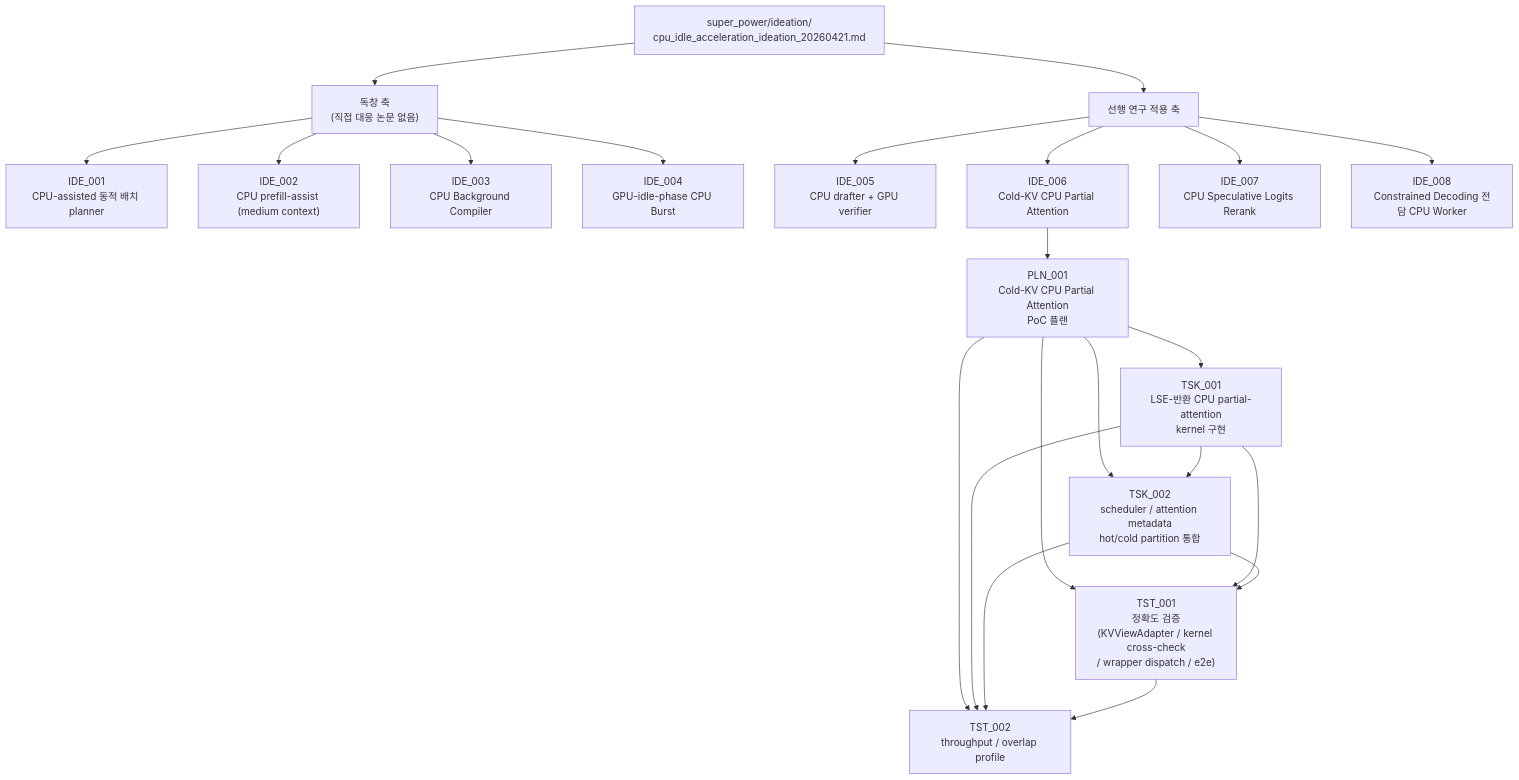
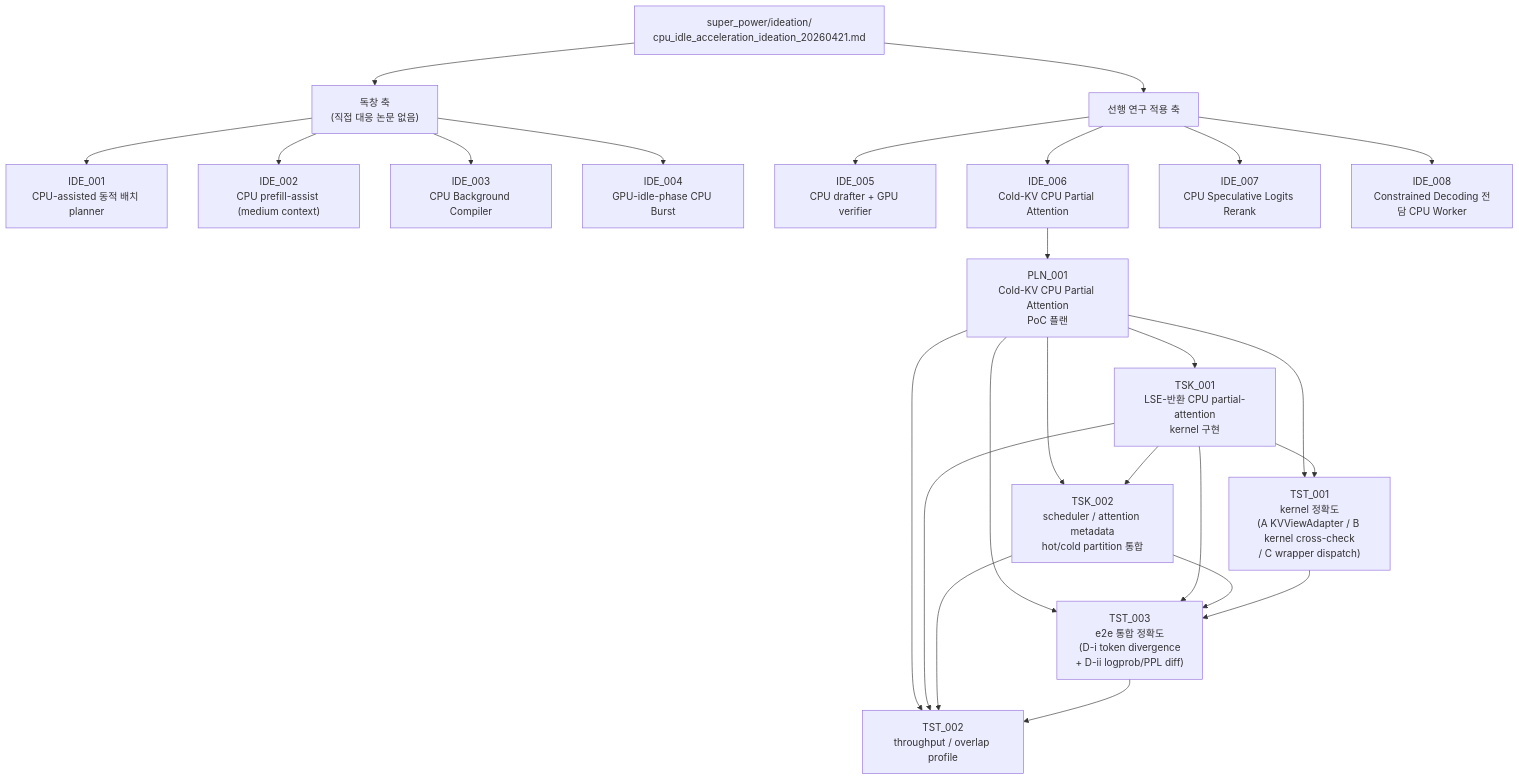
One commit to mystous/vllm_hybrid changed the diagram in shadow_assists/README.md. Above: the diagram before and after it, drawn with Mermaid. The commit also changed 16 other files, not shown here.

````diff
--- a/shadow_assists/README.md
+++ b/shadow_assists/README.md
@@ -140,31 +140,34 @@
 ```mermaid
 flowchart TB
     ROOT["super_power/ideation/<br/>cpu_idle_acceleration_ideation_20260421.md"]
 
     ROOT --> AXIS_A["독창 축<br/>(직접 대응 논문 없음)"]
     ROOT --> AXIS_B["선행 연구 적용 축"]
 
     AXIS_A --> IDE_001["IDE_001<br/>CPU-assisted 동적 배치 planner"]
     AXIS_A --> IDE_002["IDE_002<br/>CPU prefill-assist (medium context)"]
     AXIS_A --> IDE_003["IDE_003<br/>CPU Background Compiler"]
     AXIS_A --> IDE_004["IDE_004<br/>GPU-idle-phase CPU Burst"]
 
     AXIS_B --> IDE_005["IDE_005<br/>CPU drafter + GPU verifier"]
     AXIS_B --> IDE_006["IDE_006<br/>Cold-KV CPU Partial Attention"]
     AXIS_B --> IDE_007["IDE_007<br/>CPU Speculative Logits Rerank"]
     AXIS_B --> IDE_008["IDE_008<br/>Constrained Decoding 전담 CPU Worker"]
 
     IDE_006 --> PLN_001["PLN_001<br/>Cold-KV CPU Partial Attention<br/>PoC 플랜"]
 
     PLN_001 --> TSK_001["TSK_001<br/>LSE-반환 CPU partial-attention<br/>kernel 구현"]
     PLN_001 --> TSK_002["TSK_002<br/>scheduler / attention metadata<br/>hot/cold partition 통합"]
-    PLN_001 --> TST_001["TST_001<br/>정확도 검증<br/>(KVViewAdapter / kernel cross-check<br/>/ wrapper dispatch / e2e)"]
+    PLN_001 --> TST_001["TST_001<br/>kernel 정확도<br/>(A KVViewAdapter / B kernel cross-check<br/>/ C wrapper dispatch)"]
+    PLN_001 --> TST_003["TST_003<br/>e2e 통합 정확도<br/>(D-i token divergence<br/>+ D-ii logprob/PPL diff)"]
     PLN_001 --> TST_002["TST_002<br/>throughput / overlap profile"]
 
     TSK_001 --> TSK_002
     TSK_001 --> TST_001
-    TSK_002 --> TST_001
+    TSK_001 --> TST_003
+    TSK_002 --> TST_003
     TSK_001 --> TST_002
     TSK_002 --> TST_002
-    TST_001 --> TST_002
+    TST_001 --> TST_003
+    TST_003 --> TST_002
 ```
````
